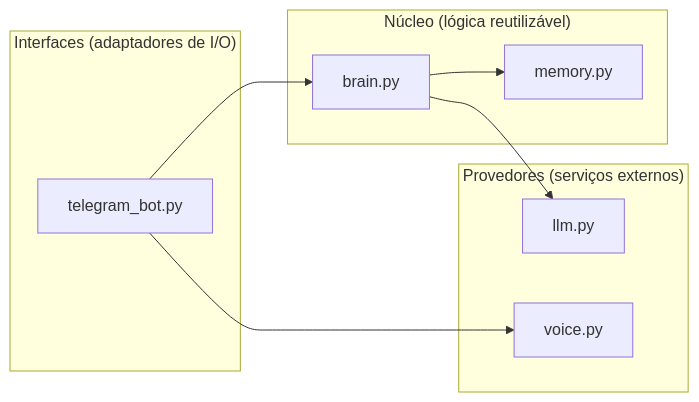
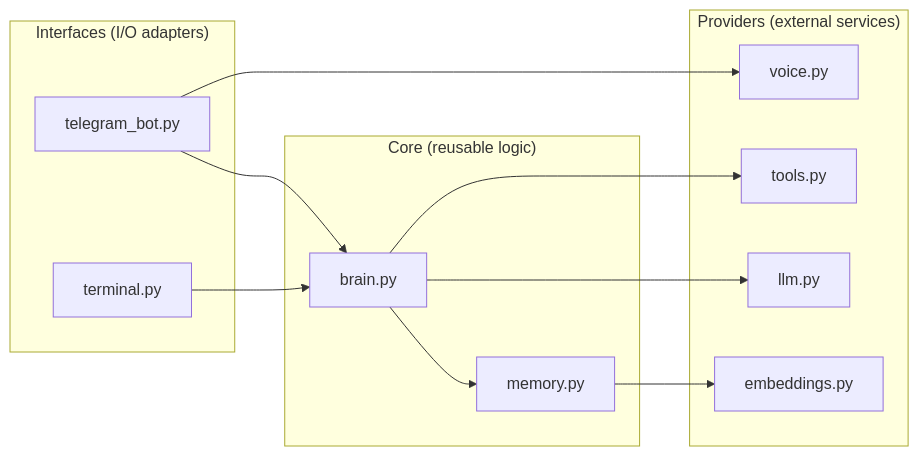
Before and after one commit to Ryanditko/E.V: the first of 4 diagrams in docs/architecture.md, drawn with Mermaid. The commit also changed other lines of this file and 13 other files, not shown here.

First line of the commit message:
Add reminders scheduler, web/calendar/email tools, terminal REPL, vector memory

````diff
--- a/docs/architecture.md
+++ b/docs/architecture.md
@@ -11,18 +14,24 @@
 ```mermaid
 flowchart LR
-    subgraph OUT["Interfaces (adaptadores de I/O)"]
+    subgraph OUT["Interfaces (I/O adapters)"]
         TG["telegram_bot.py"]
+        TE["terminal.py"]
     end
-    subgraph CORE["Núcleo (lógica reutilizável)"]
+    subgraph CORE["Core (reusable logic)"]
         B["brain.py"]
         M["memory.py"]
     end
-    subgraph PROV["Provedores (serviços externos)"]
+    subgraph PROV["Providers (external services)"]
         L["llm.py"]
+        E["embeddings.py"]
         V["voice.py"]
+        T["tools.py"]
     end
     TG --> B
+    TE --> B
     B --> M
     B --> L
+    B --> T
+    M --> E
     TG --> V
 ```
````
